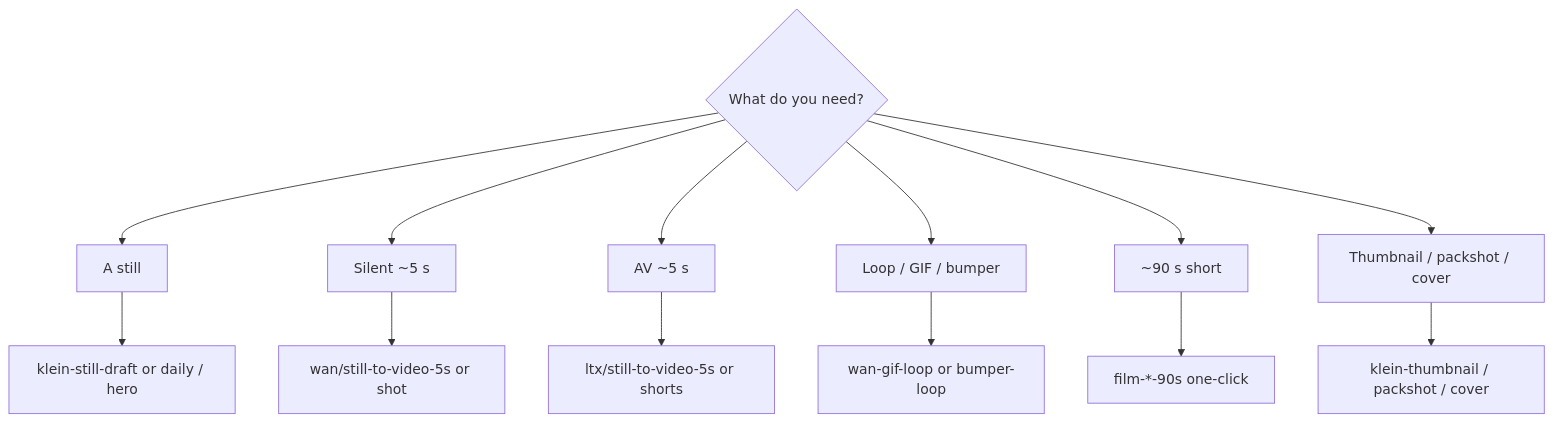
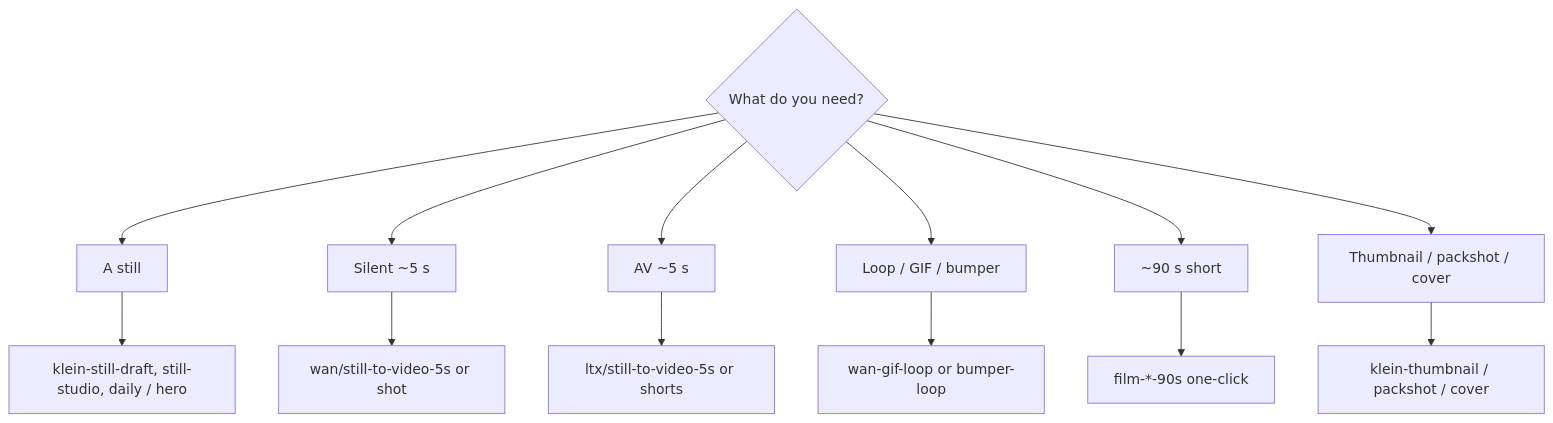
Before and after one commit to toxicoder/ez-comfy-stack: the diagram in docs/studio-workflows.md, drawn with Mermaid. The commit also changed 33 other files, not shown here.

First line of the commit message:
feat: add Klein still-studio App with format and look presets

````diff
--- a/docs/studio-workflows.md
+++ b/docs/studio-workflows.md
@@ -46,15 +46,15 @@
 ```mermaid
 flowchart TB
   Need{"What do you need?"} --> Still["A still"]
   Need --> Motion["Silent ~5 s"]
   Need --> AV["AV ~5 s"]
   Need --> Loop["Loop / GIF / bumper"]
   Need --> Film["~90 s short"]
   Need --> Plate["Thumbnail / packshot / cover"]
-  Still --> K["klein-still-draft or daily / hero"]
+  Still --> K["klein-still-draft, still-studio, daily / hero"]
   Motion --> W["wan/still-to-video-5s or shot"]
   AV --> L["ltx/still-to-video-5s or shorts"]
   Loop --> G["wan-gif-loop or bumper-loop"]
   Film --> F["film-*-90s one-click"]
   Plate --> C["klein-thumbnail / packshot / cover"]
 ```
````
